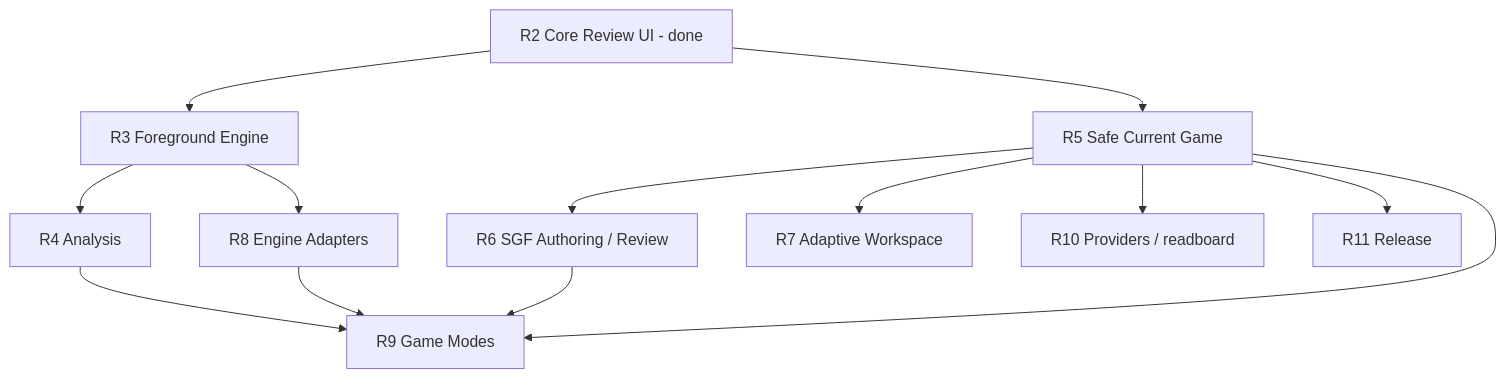
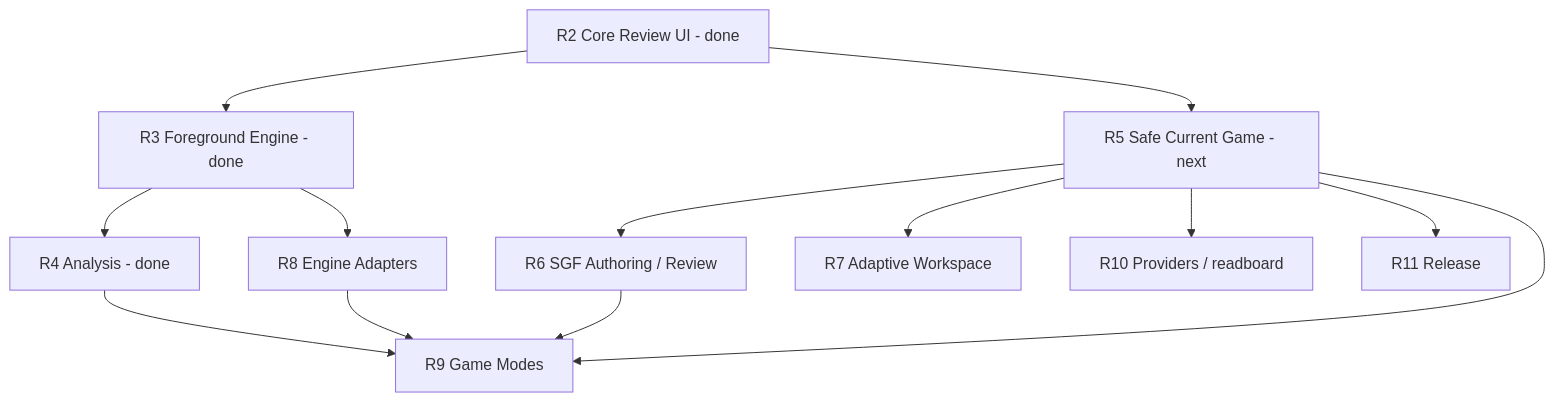
One commit to qiyi71w/lizzieyzy-next-tauri changed the first of 3 diagrams in docs/MIGRATION_PLAN.md. Above: the diagram before and after it, drawn with Mermaid. The commit also changed other lines of this file and 69 other files, not shown here.

````diff
--- a/docs/MIGRATION_PLAN.md
+++ b/docs/MIGRATION_PLAN.md
@@ -187,26 +187,26 @@
 ```mermaid
 flowchart TB
   R2[R2 Core Review UI - done]
-  R3[R3 Foreground Engine]
-  R4[R4 Analysis]
-  R5[R5 Safe Current Game]
+  R3[R3 Foreground Engine - done]
+  R4[R4 Analysis - done]
+  R5[R5 Safe Current Game - next]
   R6[R6 SGF Authoring / Review]
   R7[R7 Adaptive Workspace]
   R8[R8 Engine Adapters]
   R9[R9 Game Modes]
   R10[R10 Providers / readboard]
   R11[R11 Release]
 
   R2 --> R3
   R3 --> R4
   R2 --> R5
   R3 --> R8
   R5 --> R6
   R5 --> R7
   R5 --> R10
   R5 --> R11
   R4 --> R9
   R5 --> R9
   R6 --> R9
   R8 --> R9
 ```
````
